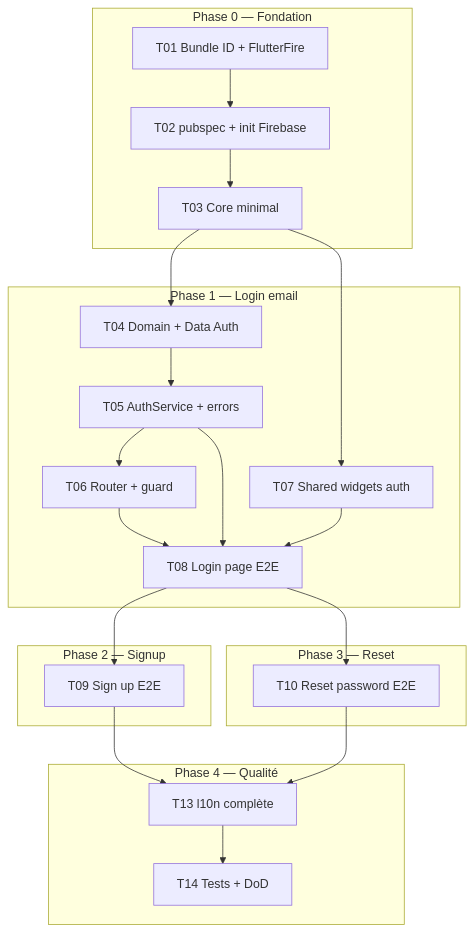
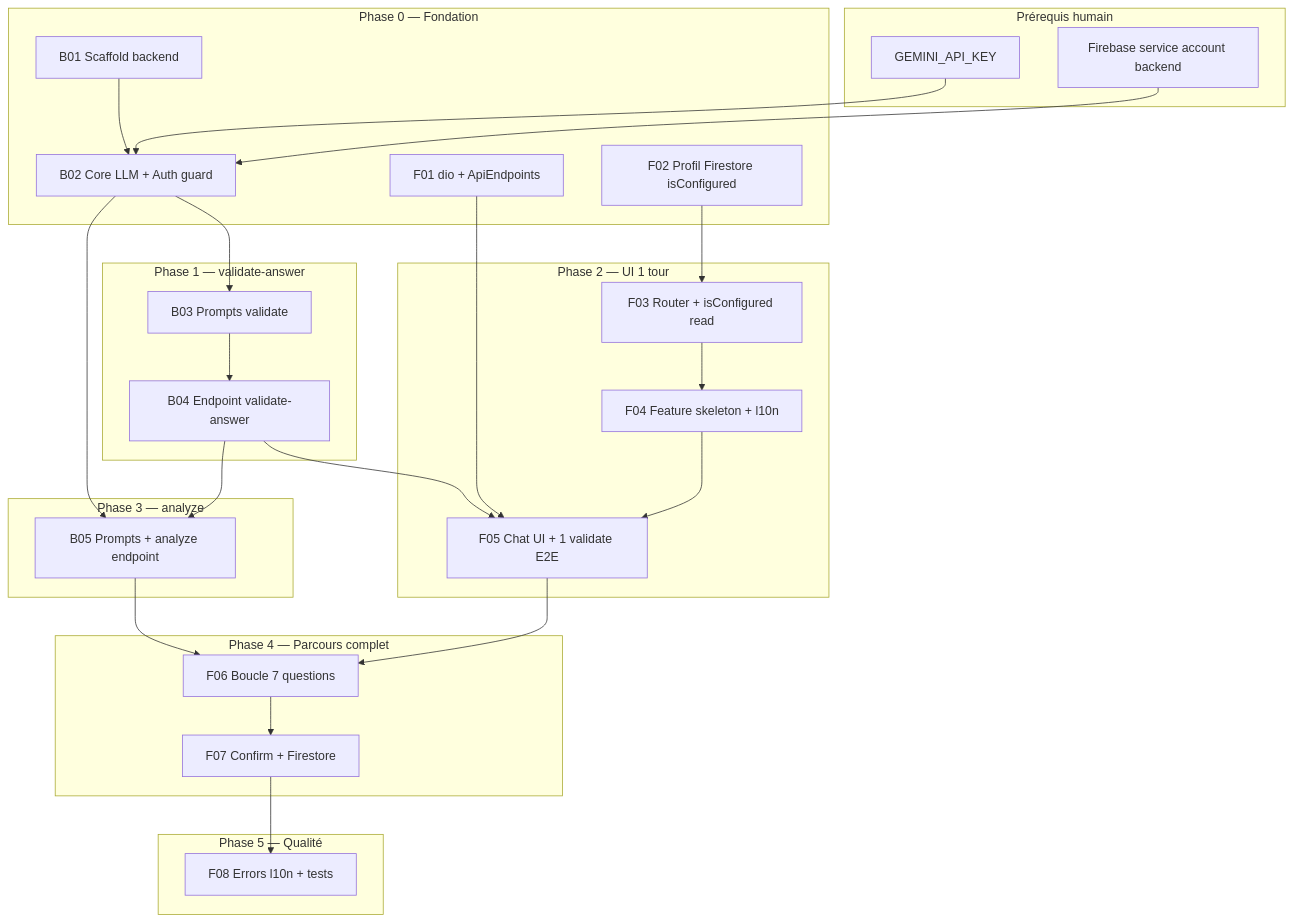
The diagram in tasks/plan.md (herman2003/lucy_frontend), drawn with Mermaid before and after one commit. The commit also changed other lines of this file and 53 other files, not shown here.

````diff
--- a/tasks/plan.md
+++ b/tasks/plan.md
@@ -24,41 +39,52 @@
 ```mermaid
 flowchart TB
-  subgraph phase0 [Phase 0 — Fondation]
-    T01[T01 Bundle ID + FlutterFire]
-    T02[T02 pubspec + init Firebase]
-    T03[T03 Core minimal]
+  subgraph prereq [Prérequis humain]
+    H1[GEMINI_API_KEY]
+    H2[Firebase service account backend]
   end
 
-  subgraph phase1 [Phase 1 — Login email]
-    T04[T04 Domain + Data Auth]
-    T05[T05 AuthService + errors]
-    T06[T06 Router + guard]
-    T07[T07 Shared widgets auth]
-    T08[T08 Login page E2E]
+  subgraph phase0 [Phase 0 — Fondation]
+    B01[B01 Scaffold backend]
+    B02[B02 Core LLM + Auth guard]
+    F01[F01 dio + ApiEndpoints]
+    F02[F02 Profil Firestore isConfigured]
   end
 
-  subgraph phase2 [Phase 2 — Signup]
-    T09[T09 Sign up E2E]
+  subgraph phase1 [Phase 1 — validate-answer]
+    B03[B03 Prompts validate]
+    B04[B04 Endpoint validate-answer]
   end
 
-  subgraph phase3 [Phase 3 — Reset]
-    T10[T10 Reset password E2E]
+  subgraph phase2 [Phase 2 — UI 1 tour]
+    F03[F03 Router + isConfigured read]
+    F04[F04 Feature skeleton + l10n]
+    F05[F05 Chat UI + 1 validate E2E]
   end
 
-  subgraph phase4 [Phase 4 — Qualité]
-    T13[T13 l10n complète]
-    T14[T14 Tests + DoD]
+  subgraph phase3 [Phase 3 — analyze]
+    B05[B05 Prompts + analyze endpoint]
   end
 
-  T01 --> T02 --> T03
-  T03 --> T04 --> T05 --> T06
-  T03 --> T07
-  T06 --> T08
-  T07 --> T08
-  T05 --> T08
-  T08 --> T09
-  T08 --> T10
-  T09 --> T13
-  T10 --> T13
-  T13 --> T14
+  subgraph phase4 [Phase 4 — Parcours complet]
+    F06[F06 Boucle 7 questions]
+    F07[F07 Confirm + Firestore]
+  end
+
+  subgraph phase5 [Phase 5 — Qualité]
+    F08[F08 Errors l10n + tests]
+  end
+
+  H1 --> B02
+  H2 --> B02
+  B01 --> B02
+  B02 --> B03 --> B04
+  F01 --> F05
+  F02 --> F03 --> F04 --> F05
+  B04 --> F05
+  B02 --> B05
+  B04 --> B05
+  F05 --> F06
+  B05 --> F06
+  F06 --> F07
+  F07 --> F08
 ```
````
